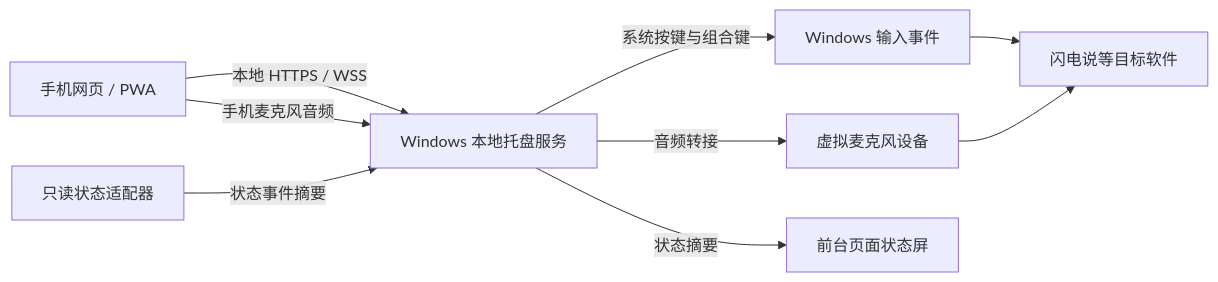
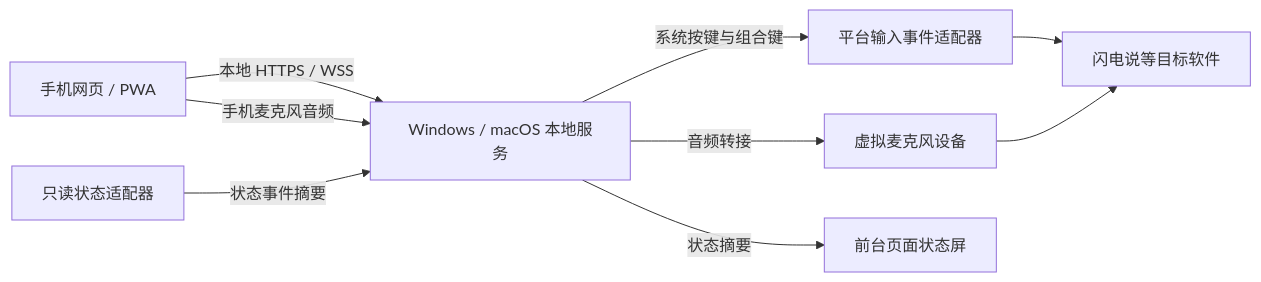
One commit to xiemin2161/shunyan changed the diagram in 方案.md. Above: the diagram before and after it, drawn with Mermaid. The commit also changed other lines of this file and 1 other file, not shown here.

Commit message:
docs: 补充 macOS 主机支持方案

````diff
--- a/方案.md
+++ b/方案.md
@@ -49,11 +49,11 @@
 ```mermaid
 flowchart LR
-  PWA[手机网页 / PWA] -->|本地 HTTPS / WSS| Host[Windows 本地托盘服务]
+  PWA[手机网页 / PWA] -->|本地 HTTPS / WSS| Host[Windows / macOS 本地服务]
   PWA -->|手机麦克风音频| Host
-  Host -->|系统按键与组合键| Keys[Windows 输入事件]
+  Host -->|系统按键与组合键| Keys[平台输入事件适配器]
   Keys --> App[闪电说等目标软件]
   Host -->|音频转接| Cable[虚拟麦克风设备]
   Cable --> App
   Codex[只读状态适配器] -->|状态事件摘要| Host
   Host -->|状态摘要| Screen[前台页面状态屏]
 ```
````
